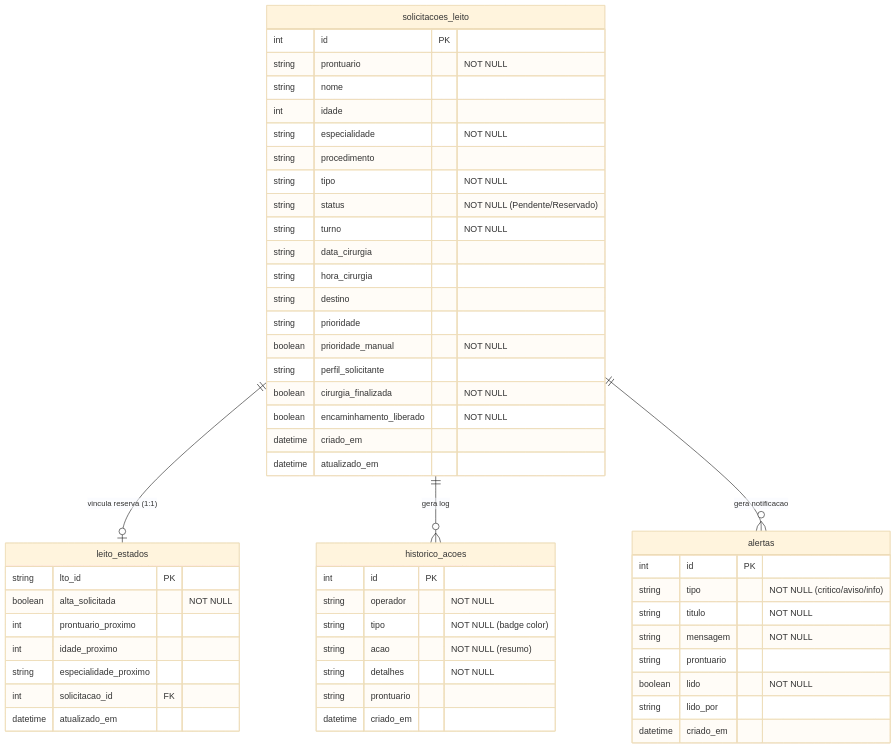
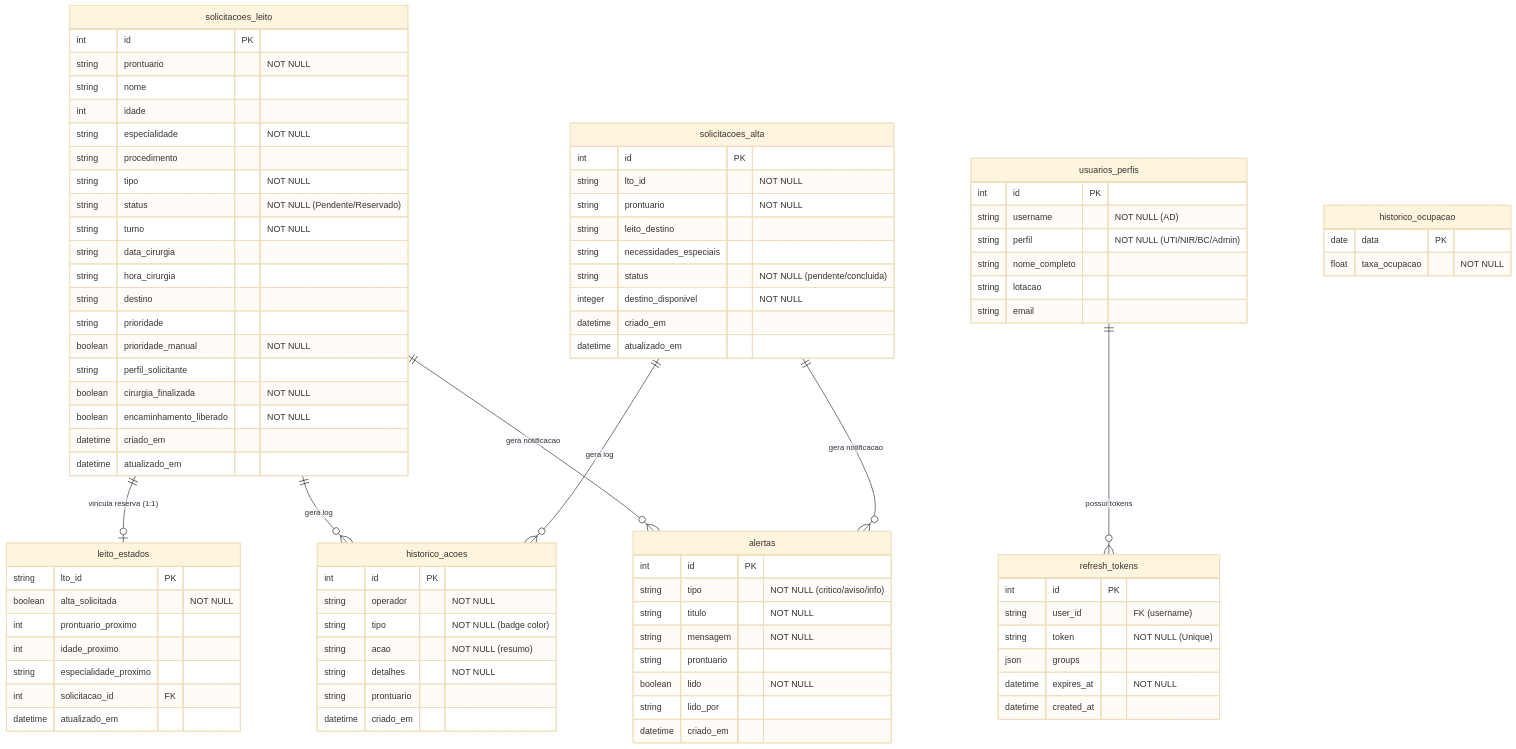
Before and after one commit to HCUFPE/hc-uti-manager: the diagram in docs/projeto_inicial/04-modelo-dados.md, drawn with Mermaid (base theme). The commit also changed other lines of this file and 2 other files, not shown here.

Commit message:
docs: add all 8 local SQLite tables to ERD and data dictionary in 04-modelo-dados.md

````diff
--- a/docs/projeto_inicial/04-modelo-dados.md
+++ b/docs/projeto_inicial/04-modelo-dados.md
@@ -11,6 +11,11 @@
     solicitacoes_leito ||--o| leito_estados : "vincula reserva (1:1)"
     solicitacoes_leito ||--o{ historico_acoes : "gera log"
     solicitacoes_leito ||--o{ alertas : "gera notificacao"
+    
+    solicitacoes_alta ||--o{ historico_acoes : "gera log"
+    solicitacoes_alta ||--o{ alertas : "gera notificacao"
+    
+    usuarios_perfis ||--o{ refresh_tokens : "possui tokens"
     
     solicitacoes_leito {
         int id PK
@@ -44,6 +49,18 @@
         datetime atualizado_em
     }
     
+    solicitacoes_alta {
+        int id PK
+        string lto_id "NOT NULL"
+        string prontuario "NOT NULL"
+        string leito_destino
+        string necessidades_especiais
+        string status "NOT NULL (pendente/concluida)"
+        integer destino_disponivel "NOT NULL"
+        datetime criado_em
+        datetime atualizado_em
+    }
+    
     historico_acoes {
         int id PK
         string operador "NOT NULL"
@@ -64,4 +81,27 @@
         string lido_por
         datetime criado_em
     }
+    
+    usuarios_perfis {
+        int id PK
+        string username "NOT NULL (AD)"
+        string perfil "NOT NULL (UTI/NIR/BC/Admin)"
+        string nome_completo
+        string lotacao
+        string email
+    }
+    
+    refresh_tokens {
+        int id PK
+        string user_id "FK (username)"
+        string token "NOT NULL (Unique)"
+        json groups
+        datetime expires_at "NOT NULL"
+        datetime created_at
+    }
+    
+    historico_ocupacao {
+        date data PK
+        float taxa_ocupacao "NOT NULL"
+    }
 ```
````
